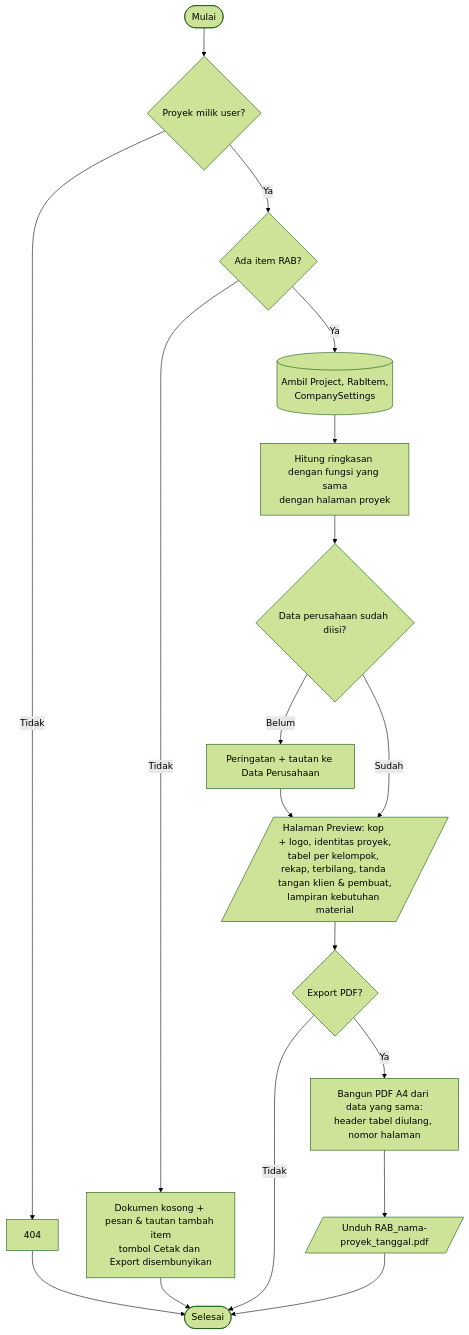
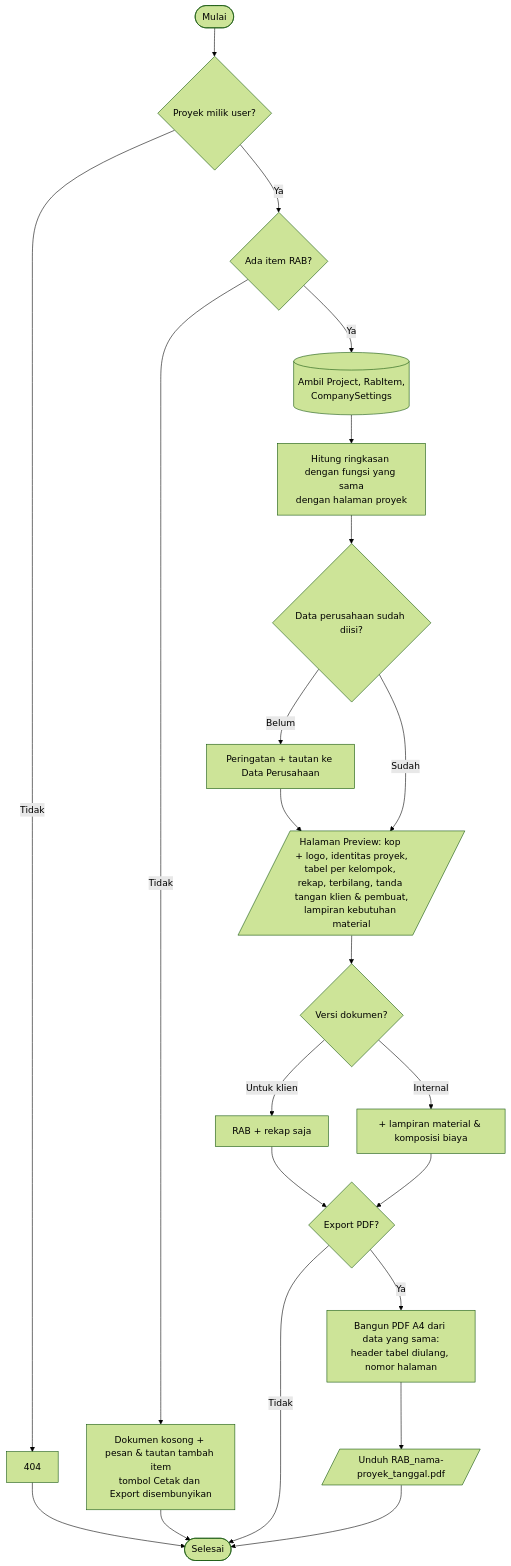
The seventh of 8 diagrams in docs/FLOWCHART.md (ditt1945/RAB-system), drawn with Mermaid (forest theme) before and after one commit. The commit also changed other lines of this file and 72 other files, not shown here.

````diff
--- a/docs/FLOWCHART.md
+++ b/docs/FLOWCHART.md
@@ -202,18 +206,21 @@
 ```mermaid
 flowchart TD
     S([Mulai]) --> CEK{Proyek milik user?}
     CEK -->|Tidak| N[404] --> X([Selesai])
     CEK -->|Ya| ITEM{Ada item RAB?}
     ITEM -->|Tidak| KOS[Dokumen kosong + pesan & tautan tambah item<br/>tombol Cetak dan Export disembunyikan] --> X
     ITEM -->|Ya| AMB[(Ambil Project, RabItem,<br/>CompanySettings)]
     AMB --> HIT[Hitung ringkasan dengan fungsi yang sama<br/>dengan halaman proyek]
     HIT --> KOP{Data perusahaan sudah diisi?}
     KOP -->|Belum| WARN[Peringatan + tautan ke Data Perusahaan] --> PV
     KOP -->|Sudah| PV
     PV[/"Halaman Preview: kop + logo, identitas proyek,<br/>tabel per kelompok, rekap, terbilang, tanda tangan klien & pembuat,<br/>lampiran kebutuhan material"/]
-    PV --> A{Export PDF?}
+    PV --> VER{Versi dokumen?}
+    VER -->|Untuk klien| PVK[RAB + rekap saja] --> A
+    VER -->|Internal| PVI[+ lampiran material & komposisi biaya] --> A
+    A{Export PDF?}
     A -->|Tidak| X
     A -->|Ya| GEN[Bangun PDF A4 dari data yang sama:<br/>header tabel diulang, nomor halaman]
     GEN --> DL[/"Unduh RAB_nama-proyek_tanggal.pdf"/]
     DL --> X
 ```
````
